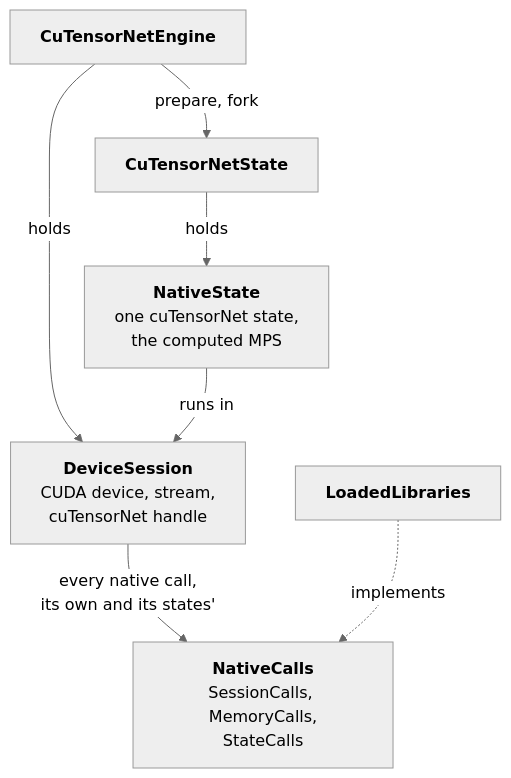
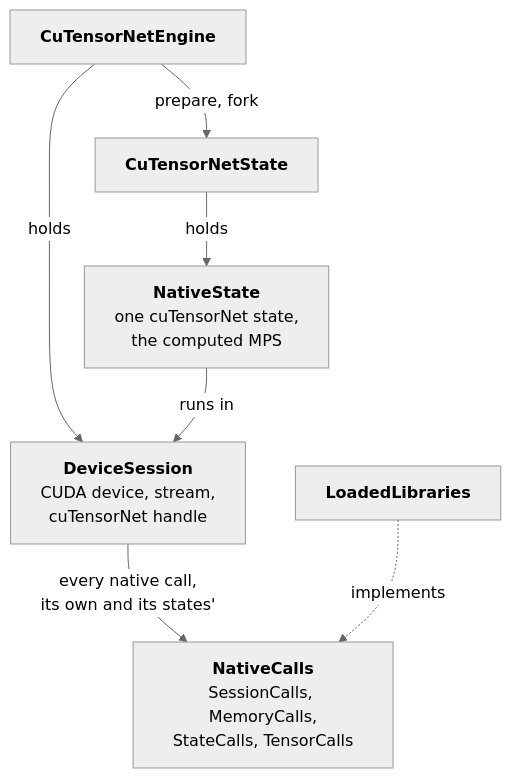
One commit to microsoft/qdk changed the second of 3 diagrams in source/cutensornet/README.md. Above: the diagram before and after it, drawn with Mermaid (neutral theme). The commit also changed other lines of this file and 5 other files, not shown here.

````diff
--- a/source/cutensornet/README.md
+++ b/source/cutensornet/README.md
@@ -40,9 +40,9 @@
 ```mermaid
 flowchart TD
   E["<b>CuTensorNetEngine</b>"] -->|holds| DS["<b>DeviceSession</b><br/>CUDA device, stream,<br/>cuTensorNet handle"]
   E -->|"prepare, fork"| S["<b>CuTensorNetState</b>"]
   S -->|holds| NS["<b>NativeState</b><br/>one cuTensorNet state,<br/>the computed MPS"]
   NS -->|"runs in"| DS
-  DS -->|"every native call,<br/>its own and its states'"| NC["<b>NativeCalls</b><br/>SessionCalls, MemoryCalls,<br/>StateCalls"]
+  DS -->|"every native call,<br/>its own and its states'"| NC["<b>NativeCalls</b><br/>SessionCalls, MemoryCalls,<br/>StateCalls, TensorCalls"]
   LL["<b>LoadedLibraries</b>"] -.->|implements| NC
 ```
````
